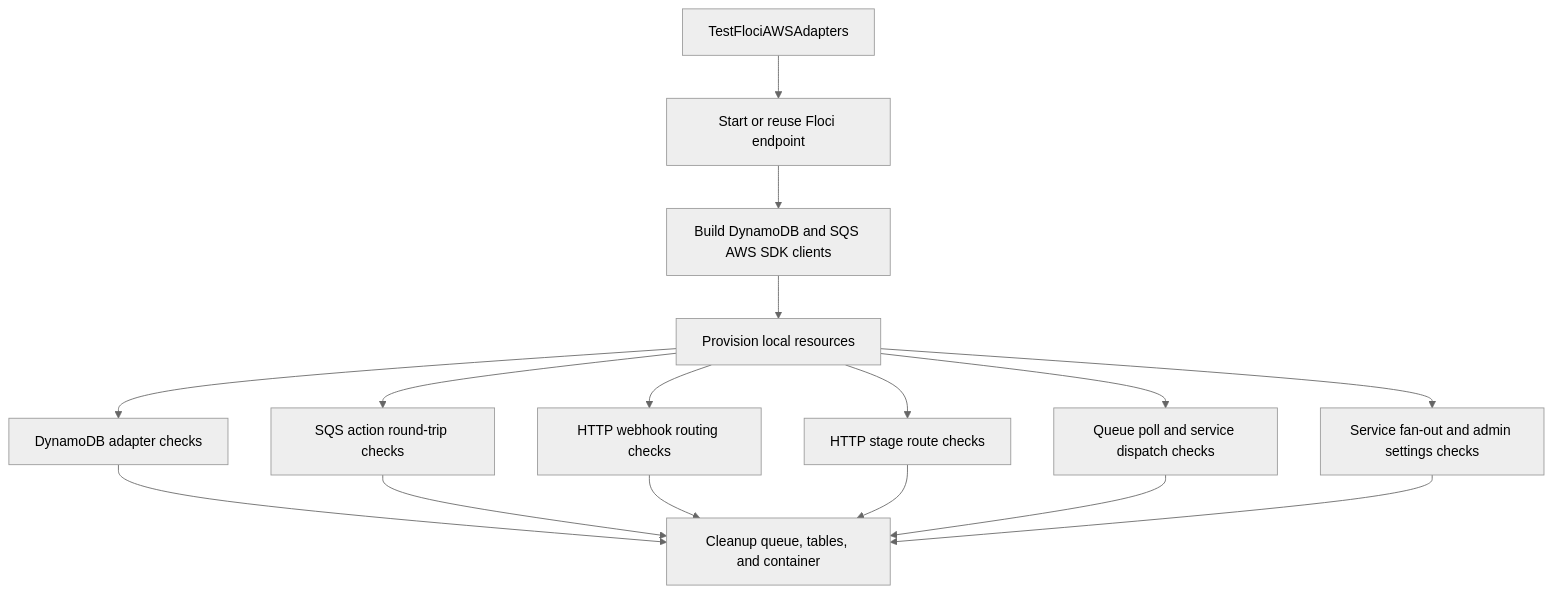
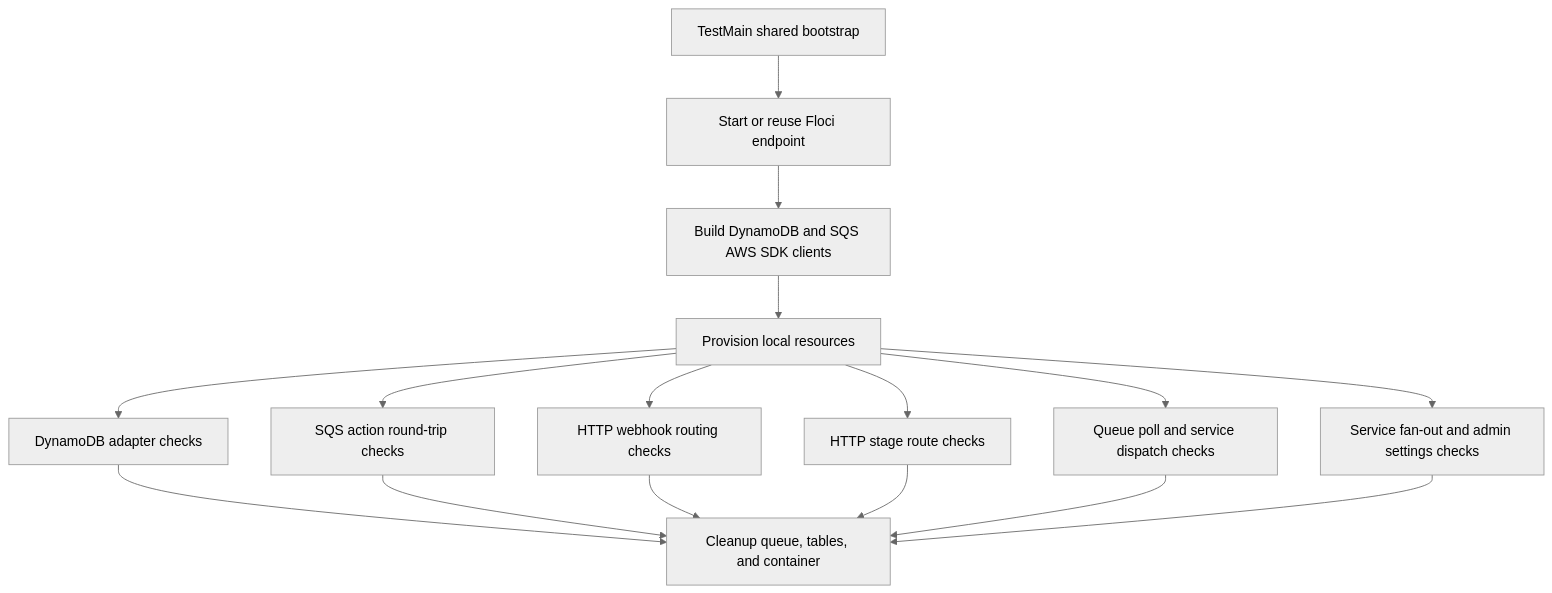
One commit to siutsin/telegram-jung2-bot changed the diagram in internal/integration/README.md. Above: the diagram before and after it, drawn with Mermaid (neutral theme). The commit also changed other lines of this file and 3 other files, not shown here.

````diff
--- a/internal/integration/README.md
+++ b/internal/integration/README.md
@@ -43,18 +59,18 @@
 ```mermaid
 flowchart TD
-    test[TestFlociAWSAdapters] --> floci[Start or reuse Floci endpoint]
+    test[TestMain shared bootstrap] --> floci[Start or reuse Floci endpoint]
     floci --> clients[Build DynamoDB and SQS AWS SDK clients]
     clients --> provision[Provision local resources]
     provision --> dynamo[DynamoDB adapter checks]
     provision --> sqs[SQS action round-trip checks]
     provision --> webhook[HTTP webhook routing checks]
     provision --> stage[HTTP stage route checks]
     provision --> worker[Queue poll and service dispatch checks]
     provision --> service[Service fan-out and admin settings checks]
     dynamo --> cleanup[Cleanup queue, tables, and container]
     sqs --> cleanup
     webhook --> cleanup
     stage --> cleanup
     worker --> cleanup
     service --> cleanup
 ```
````
